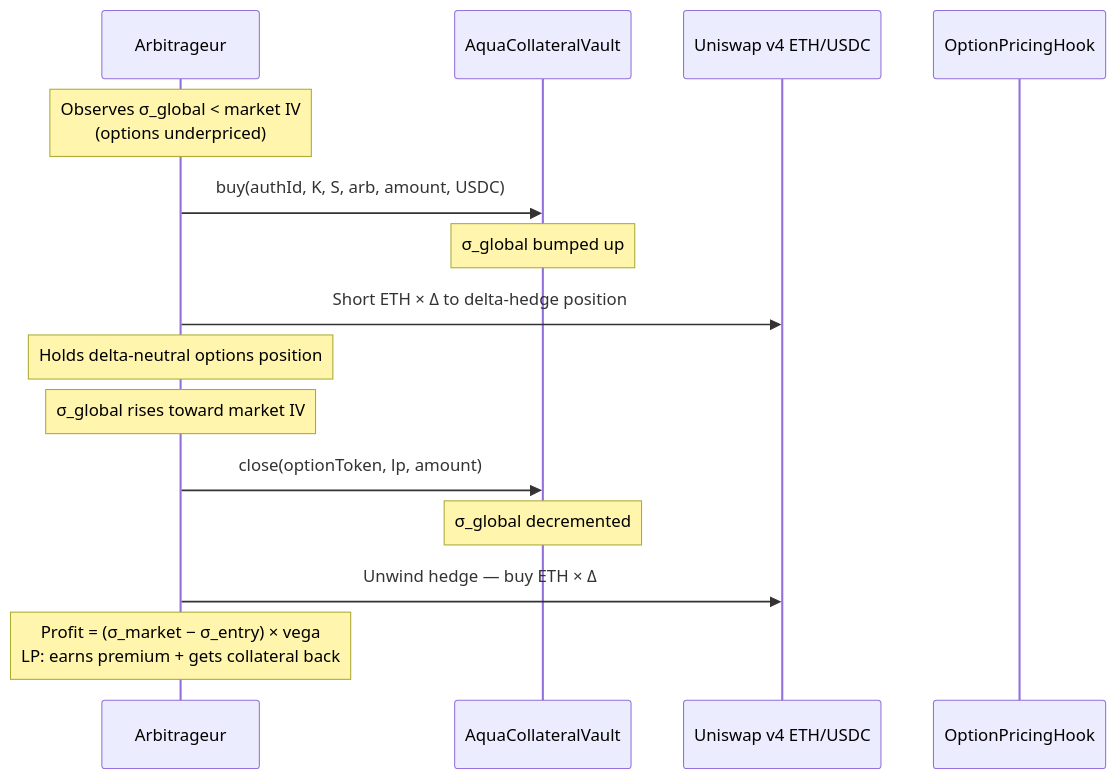
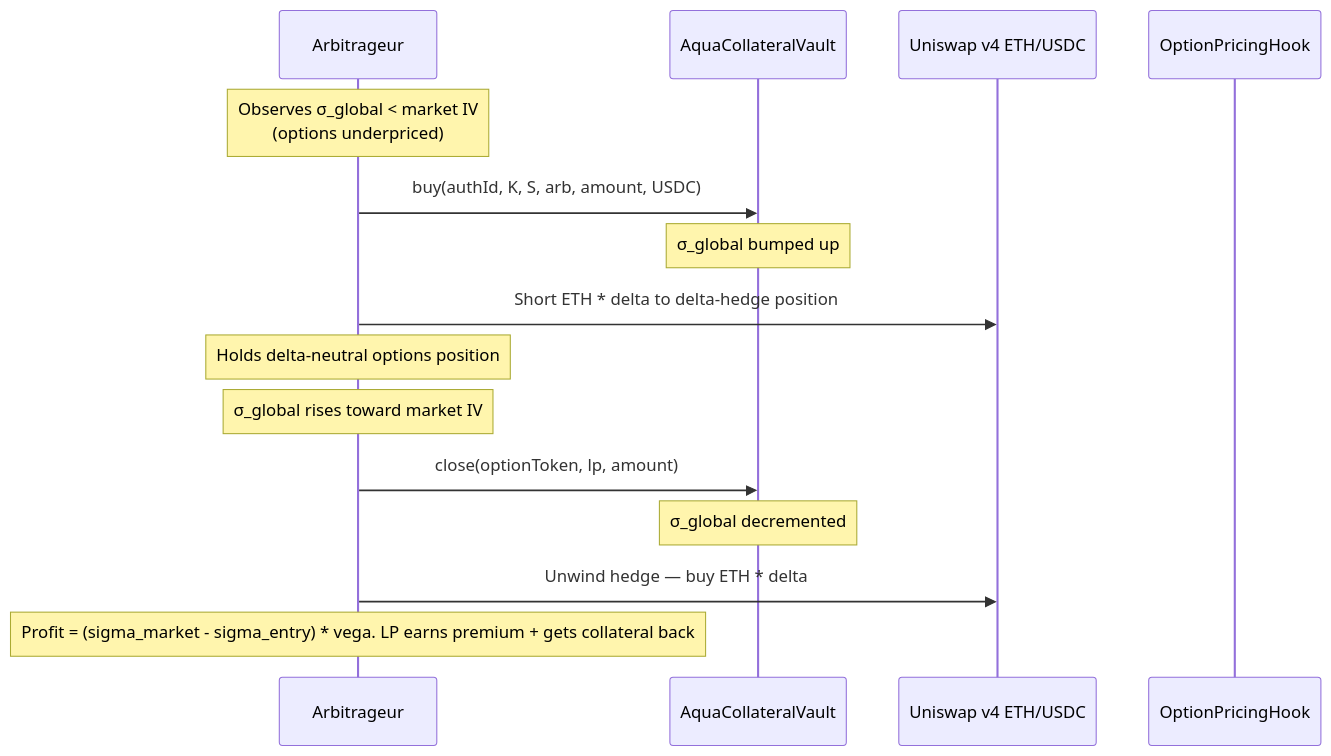
Before and after one commit to oslinin/Smile: the fourth of 6 diagrams in README.md, drawn with Mermaid. The commit also changed other lines of this file, not shown here.

First line of the commit message:
Fix Mermaid parse errors: replace Unicode math chars with ASCII in diagrams

````diff
--- a/README.md
+++ b/README.md
@@ -179,18 +181,18 @@
 ```mermaid
 sequenceDiagram
     participant Arb as Arbitrageur
     participant Vault as AquaCollateralVault
     participant UniPool as Uniswap v4 ETH/USDC
     participant Hook as OptionPricingHook
 
     Note over Arb: Observes σ_global < market IV<br/>(options underpriced)
     Arb->>Vault: buy(authId, K, S, arb, amount, USDC)
     Note over Vault: σ_global bumped up
-    Arb->>UniPool: Short ETH × Δ to delta-hedge position
+    Arb->>UniPool: Short ETH * delta to delta-hedge position
     Note over Arb: Holds delta-neutral options position
     Note over Arb: σ_global rises toward market IV
     Arb->>Vault: close(optionToken, lp, amount)
     Note over Vault: σ_global decremented
-    Arb->>UniPool: Unwind hedge — buy ETH × Δ
-    Note over Arb: Profit = (σ_market − σ_entry) × vega<br/>LP: earns premium + gets collateral back
+    Arb->>UniPool: Unwind hedge — buy ETH * delta
+    Note over Arb: Profit = (sigma_market - sigma_entry) * vega. LP earns premium + gets collateral back
 ```
````
